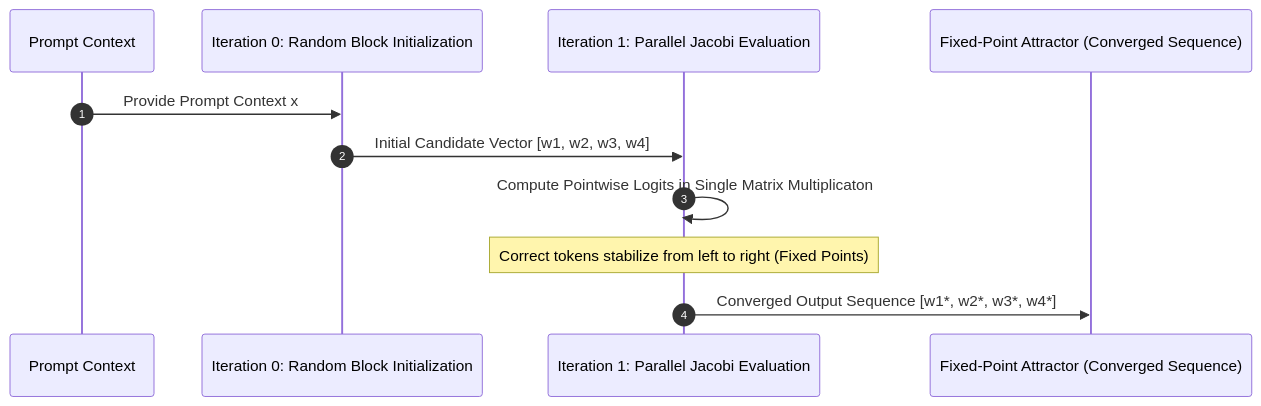
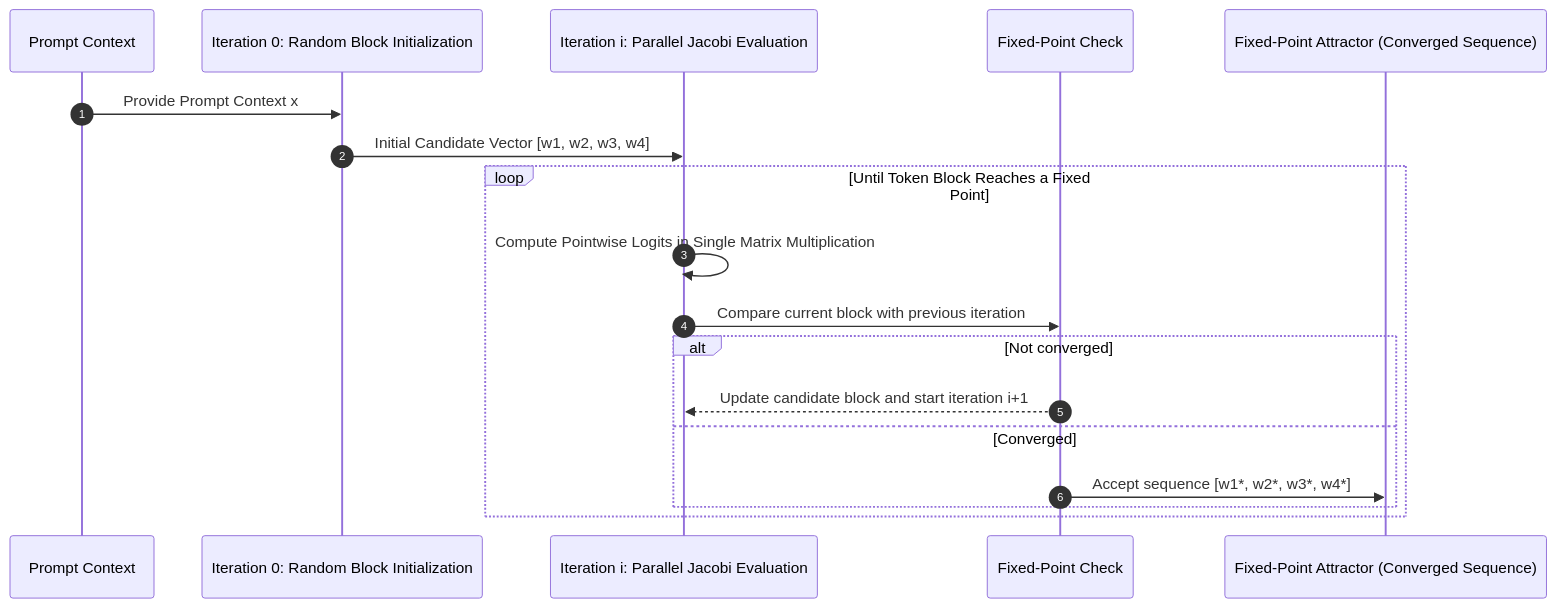
The second of 3 diagrams in _posts/2024/05/2024-05-12-consistency-llm.md (akillness/akillness.github.io), drawn with Mermaid before and after one commit. The commit also changed other lines of this file, not shown here.

Commit message:
fix(editorial): correct consistency-llm claims

````diff
--- a/_posts/2024/05/2024-05-12-consistency-llm.md
+++ b/_posts/2024/05/2024-05-12-consistency-llm.md
@@ -53,14 +60,21 @@
 ```mermaid
 sequenceDiagram
     autonumber
     participant Input as Prompt Context
     participant Iter0 as Iteration 0: Random Block Initialization
-    participant Iter1 as Iteration 1: Parallel Jacobi Evaluation
+    participant Iter as Iteration i: Parallel Jacobi Evaluation
+    participant Check as Fixed-Point Check
     participant Fixed as Fixed-Point Attractor (Converged Sequence)
 
     Input->>Iter0: Provide Prompt Context x
-    Iter0->>Iter1: Initial Candidate Vector [w1, w2, w3, w4]
-    Iter1->>Iter1: Compute Pointwise Logits in Single Matrix Multiplicaton
-    Note over Iter1: Correct tokens stabilize from left to right (Fixed Points)
-    Iter1->>Fixed: Converged Output Sequence [w1*, w2*, w3*, w4*]
+    Iter0->>Iter: Initial Candidate Vector [w1, w2, w3, w4]
+    loop Until Token Block Reaches a Fixed Point
+        Iter->>Iter: Compute Pointwise Logits in Single Matrix Multiplication
+        Iter->>Check: Compare current block with previous iteration
+        alt Not converged
+            Check-->>Iter: Update candidate block and start iteration i+1
+        else Converged
+            Check->>Fixed: Accept sequence [w1*, w2*, w3*, w4*]
+        end
+    end
 ```
````
